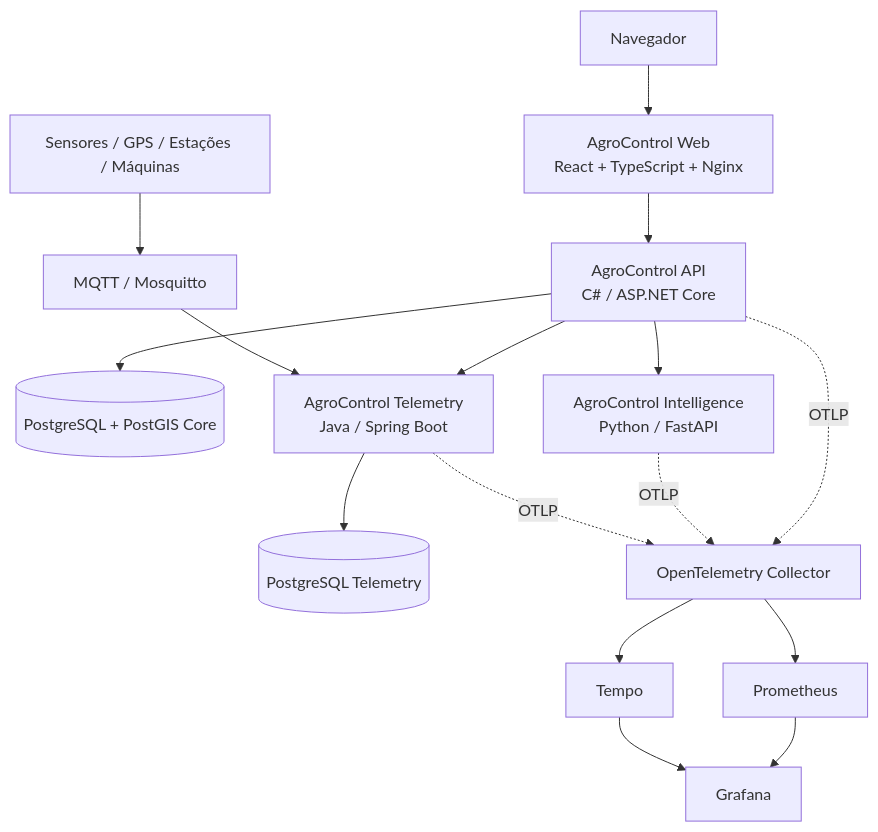
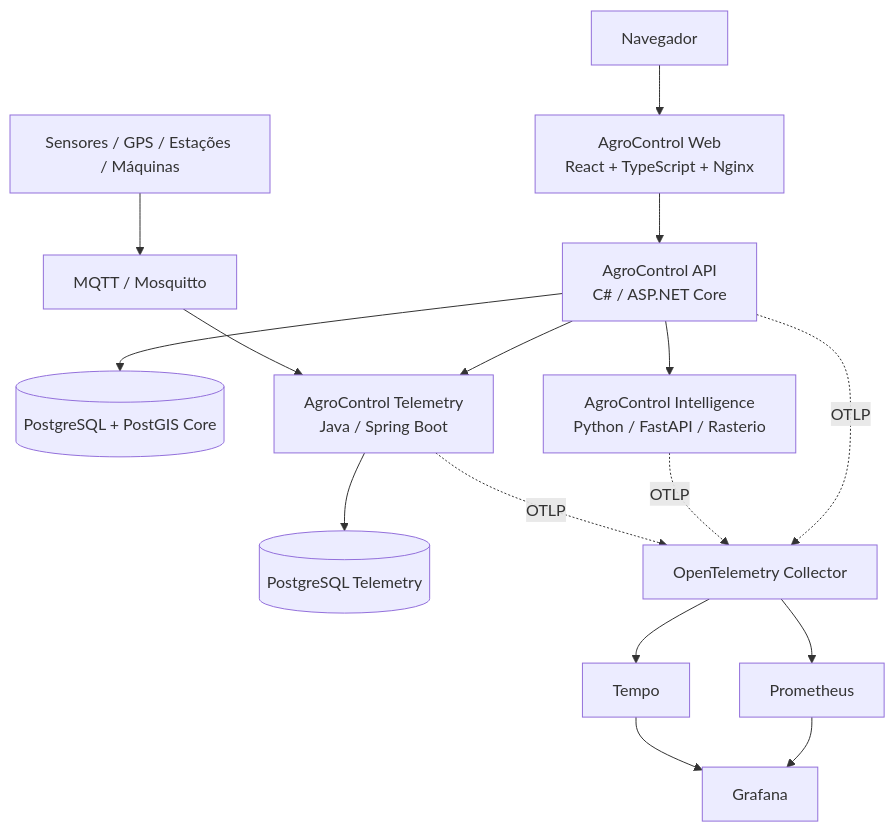
The diagram in README.md (M4rc3low/AgroControl), drawn with Mermaid before and after one commit. The commit also changed other lines of this file and 30 other files, not shown here.

````diff
--- a/README.md
+++ b/README.md
@@ -49,19 +50,19 @@
 ```mermaid
 flowchart TB
     BROWSER[Navegador] --> WEB[AgroControl Web\nReact + TypeScript + Nginx]
     WEB --> API[AgroControl API\nC# / ASP.NET Core]
     API --> DB[(PostgreSQL + PostGIS Core)]
-    API --> AI[AgroControl Intelligence\nPython / FastAPI]
+    API --> AI[AgroControl Intelligence\nPython / FastAPI / Rasterio]
     API --> TEL[AgroControl Telemetry\nJava / Spring Boot]
     TEL --> TDB[(PostgreSQL Telemetry)]
     SENSORS[Sensores / GPS / Estações / Máquinas] --> MQTT[MQTT / Mosquitto]
     MQTT --> TEL
 
     API -. OTLP .-> OTEL[OpenTelemetry Collector]
     AI -. OTLP .-> OTEL
     TEL -. OTLP .-> OTEL
     OTEL --> TEMPO[Tempo]
     OTEL --> PROM[Prometheus]
     PROM --> GRAFANA[Grafana]
     TEMPO --> GRAFANA
 ```
````
